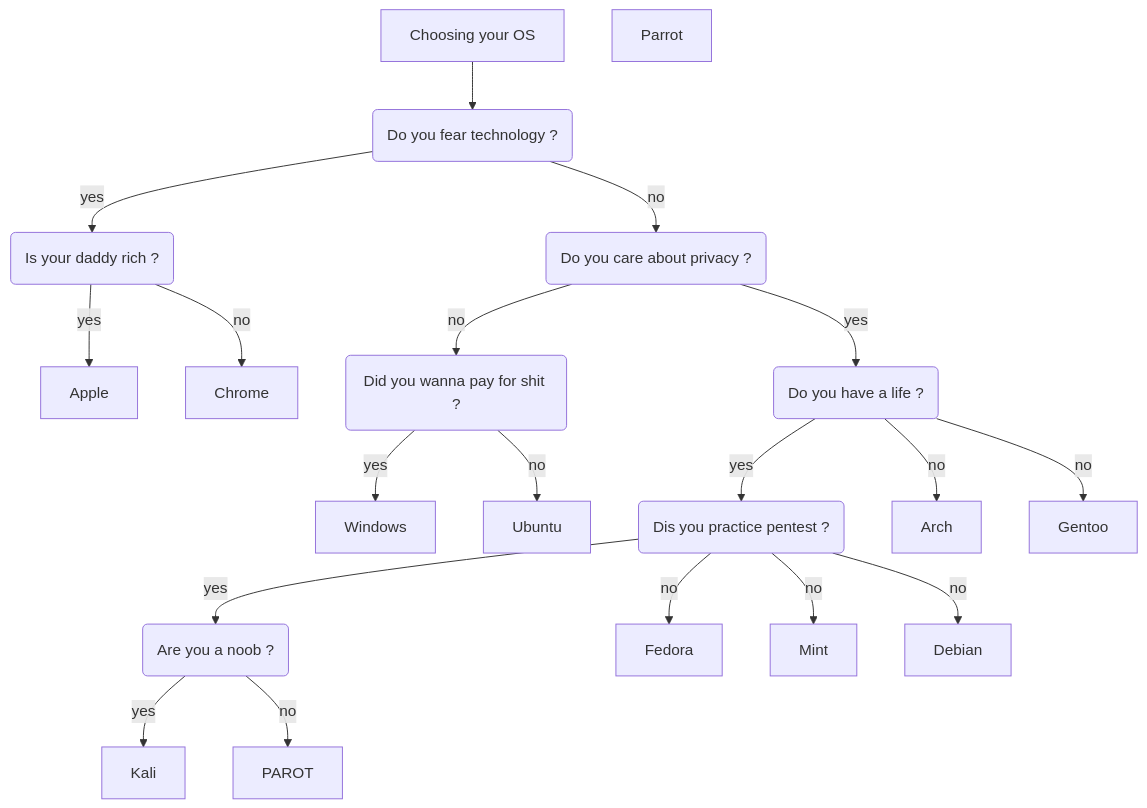
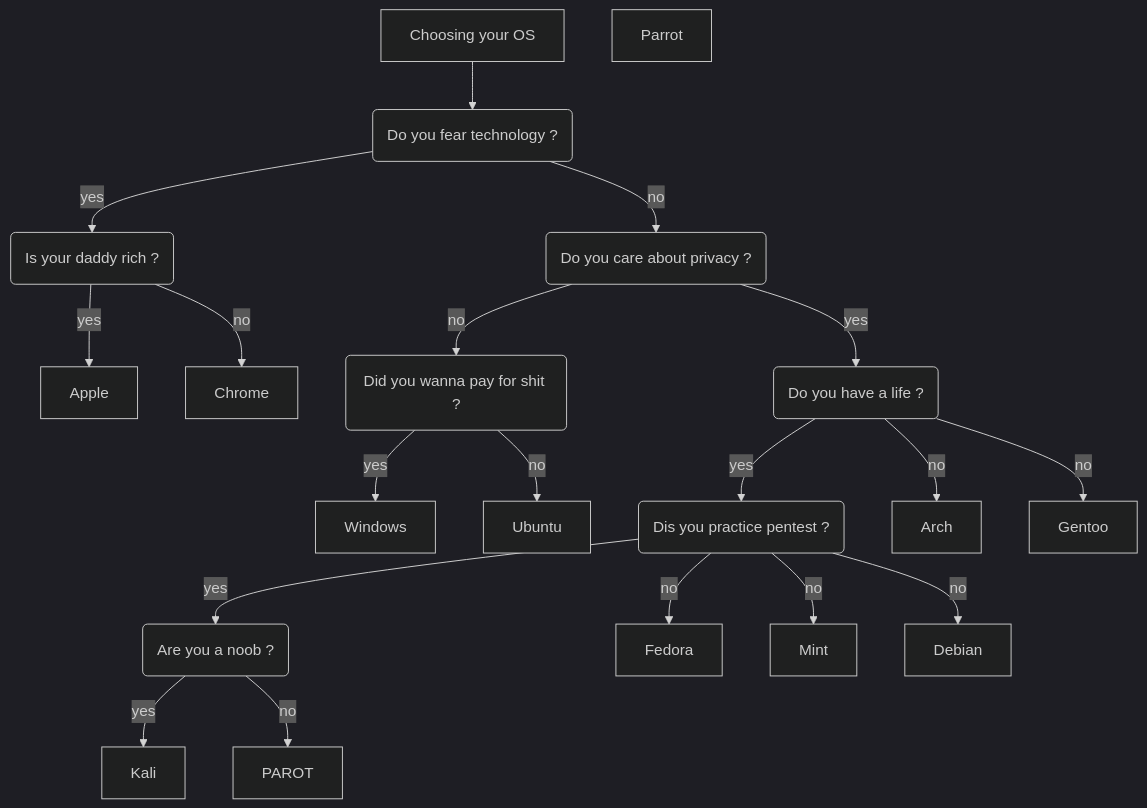
One commit to ClearSeve/docs changed the diagram in Système/os.md. Above: the diagram before and after it, drawn with Mermaid. The commit also changed 1 other file, not shown here.

````diff
--- a/Système/os.md
+++ b/Système/os.md
@@ -6,64 +6,64 @@
 ```mermaid
-%%{init: { 'theme': 'default' } }%%
+%%{init: { 'theme': 'dark' } }%%
 graph TD
 
     0[Choosing your OS]
 
     Q1(Do you fear technology ?)
     
     Q1y1(Is your daddy rich ?)
 
     Q1n1(Do you care about privacy ?)
     Q1y1n(Did you wanna pay for shit ?)
 
     Q1y1y(Do you have a life ?)
 
     QE(Dis you practice pentest ?)
     QE1(Are you a noob ?)
 
 
     APPLE[Apple]
     CHROME[Chrome]
     WINDOWS[Windows]
     UBUNTU[Ubuntu]
     ARCH[Arch]
     GENTOO[Gentoo]
     PARROT[Parrot]
     KALI[Kali]
     DEBIAN[Debian]
     FEDORA[Fedora]
     MINT[Mint]
 
 
 
     0 --> Q1;
     Q1 --> |yes|Q1y1;
     Q1 --> |no|Q1n1;
     Q1n1 --> |no|Q1y1n;
     Q1n1 --> |yes|Q1y1y;
 
     Q1y1y -->|yes|QE;
     QE -->|yes|QE1;
 
 
     Q1y1 -->|yes|APPLE;
     Q1y1 -->|no|CHROME;
 
     Q1y1n -->|yes|WINDOWS;
     Q1y1n -->|no|UBUNTU;
 
     Q1y1y -->|no|ARCH;
     Q1y1y -->|no|GENTOO;
 
     QE -->|no|FEDORA;
     QE -->|no|MINT;
     QE -->|no|DEBIAN;
 
     QE1 -->|yes|KALI;
     QE1 -->|no|PAROT;
 
 
 
 
 
 ```
````
